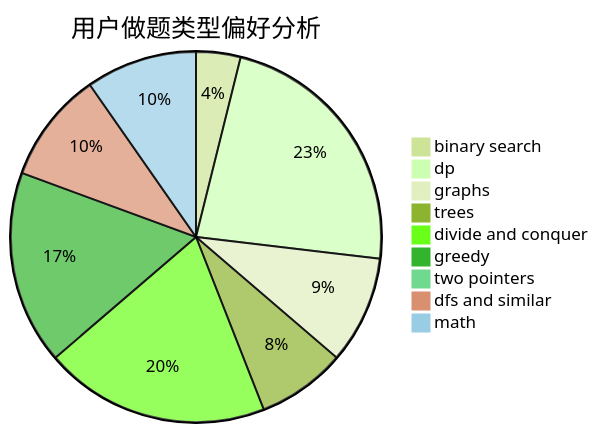
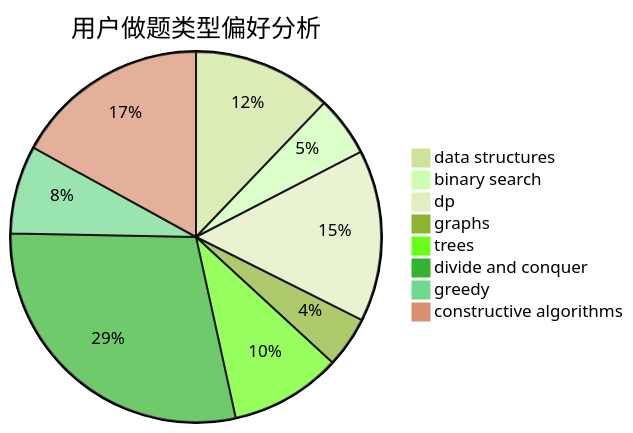
Before and after one commit to sherpahu/cfrs.github.io: the second of 3 diagrams in docs/user/u2568.md, drawn with Mermaid (forest theme). The commit also changed other lines of this file and 2775 other files, not shown here.

````diff
--- a/docs/user/u2568.md
+++ b/docs/user/u2568.md
@@ -23,12 +23,11 @@
 ```mermaid
 pie title 用户做题类型偏好分析
-    "binary search" :  14
-    "dp" :  83
-    "graphs" :  34
-    "trees" :  28
+    "data structures" :  30
+    "binary search" :  13
+    "dp" :  37
+    "graphs" :  11
+    "trees" :  24
     "divide and conquer" :  71
-    "greedy" :  61
-    "two pointers" :  0
-    "dfs and similar" :  35
-    "math" :  35
+    "greedy" :  19
+    "constructive algorithms" :  42
 ```
````
